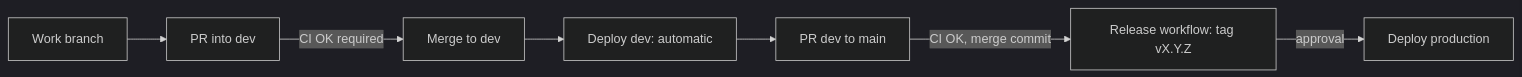
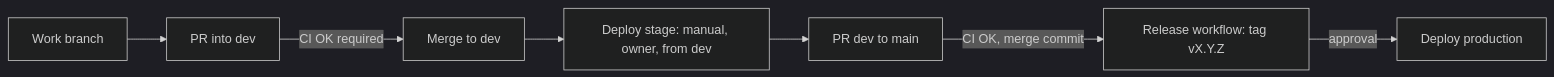
Before and after one commit to greenblacked/Notes: the diagram in README.md, drawn with Mermaid (dark theme). The commit also changed other lines of this file and 4 other files, not shown here.

Commit message:
docs: describe the manual Deploy stage flow

````diff
--- a/README.md
+++ b/README.md
@@ -83,9 +83,9 @@
 ```mermaid
 flowchart LR
     A[Work branch] --> B[PR into dev]
     B -->|CI OK required| C[Merge to dev]
-    C --> D[Deploy dev: automatic]
+    C --> D[Deploy stage: manual, owner, from dev]
     D --> E[PR dev to main]
     E -->|CI OK, merge commit| F[Release workflow: tag vX.Y.Z]
     F -->|approval| G[Deploy production]
 ```
````
